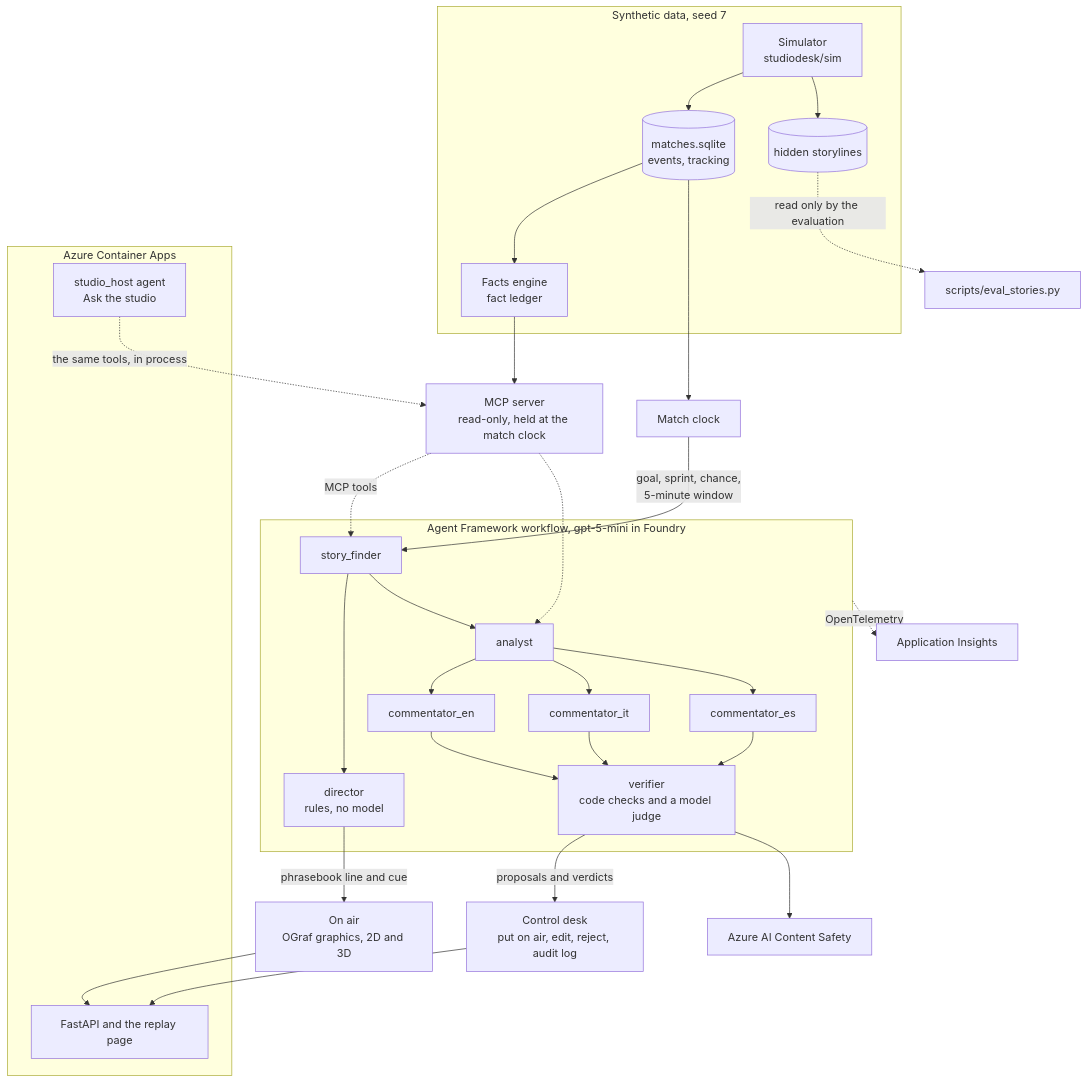
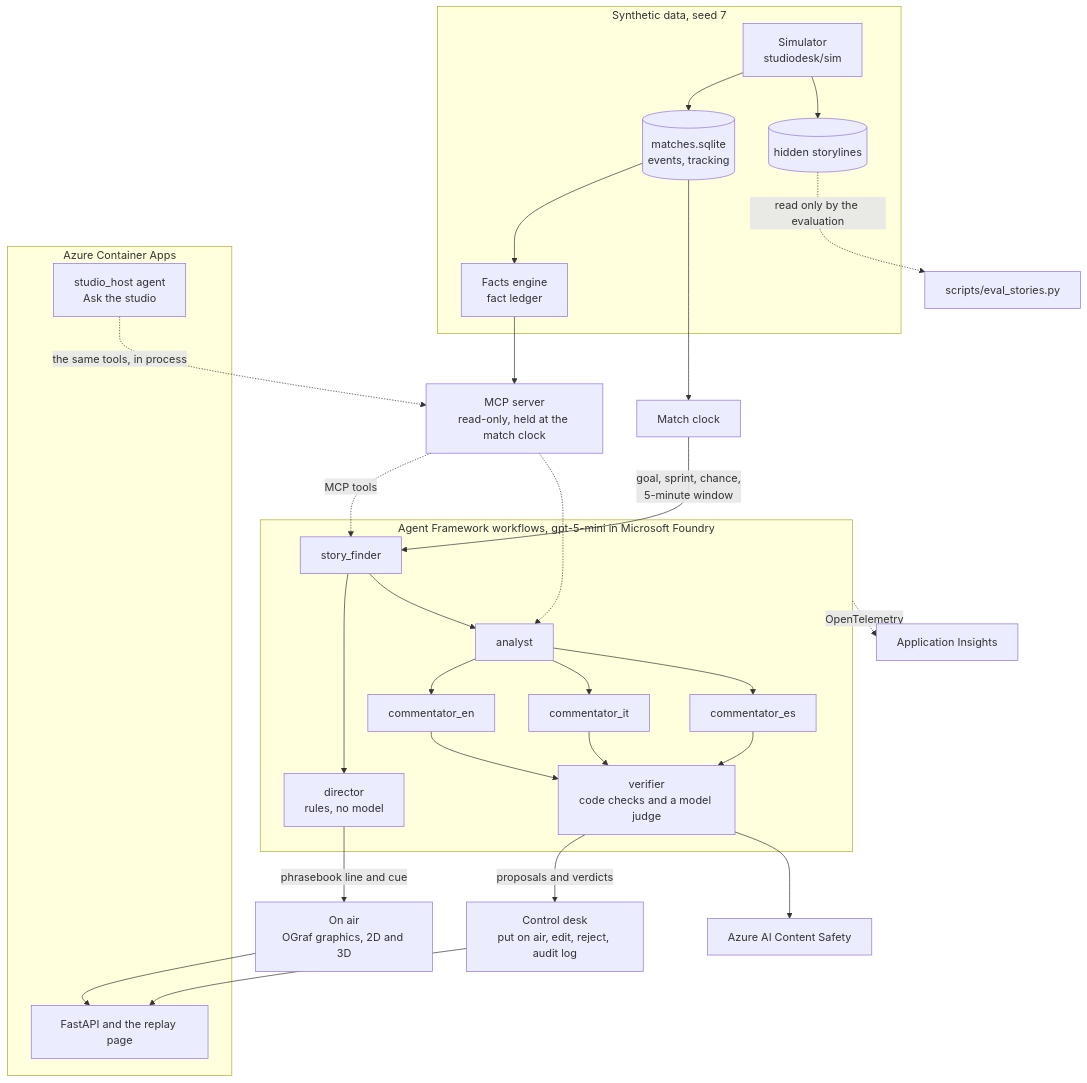
Before and after one commit to Guepe99/studio-desk: the diagram in README.md, drawn with Mermaid. The commit also changed other lines of this file and 3 other files, not shown here.

````diff
--- a/README.md
+++ b/README.md
@@ -39,35 +41,35 @@
 ```mermaid
 flowchart TB
   subgraph data["Synthetic data, seed 7"]
     sim["Simulator<br/>studiodesk/sim"] --> mdb[("matches.sqlite<br/>events, tracking")]
     mdb --> facts["Facts engine<br/>fact ledger"]
     sim --> hidden[("hidden storylines")]
   end
   hidden -. "read only by the evaluation" .-> evalx["scripts/eval_stories.py"]
   facts --> mcp["MCP server<br/>read-only, held at the match clock"]
   mdb --> clock["Match clock"]
   clock -- "goal, sprint, chance,<br/>5-minute window" --> finder
-  subgraph maf["Agent Framework workflow, gpt-5-mini in Foundry"]
+  subgraph maf["Agent Framework workflows, gpt-5-mini in Microsoft Foundry"]
     finder["story_finder"] --> director["director<br/>rules, no model"]
     finder --> analyst["analyst"]
     analyst --> en["commentator_en"]
     analyst --> it["commentator_it"]
     analyst --> es["commentator_es"]
     en --> verifier["verifier<br/>code checks and a model judge"]
     it --> verifier
     es --> verifier
   end
   mcp -. "MCP tools" .-> finder
   mcp -.-> analyst
   director -- "phrasebook line and cue" --> air["On air<br/>OGraf graphics, 2D and 3D"]
   verifier -- "proposals and verdicts" --> desk["Control desk<br/>put on air, edit, reject, audit log"]
   verifier --> safety["Azure AI Content Safety"]
   maf -. "OpenTelemetry" .-> insights["Application Insights"]
   subgraph aca["Azure Container Apps"]
     api["FastAPI and the replay page"]
     host["studio_host agent<br/>Ask the studio"]
   end
   air --> api
   desk --> api
   host -. "the same tools, in process" .-> mcp
 ```
````
